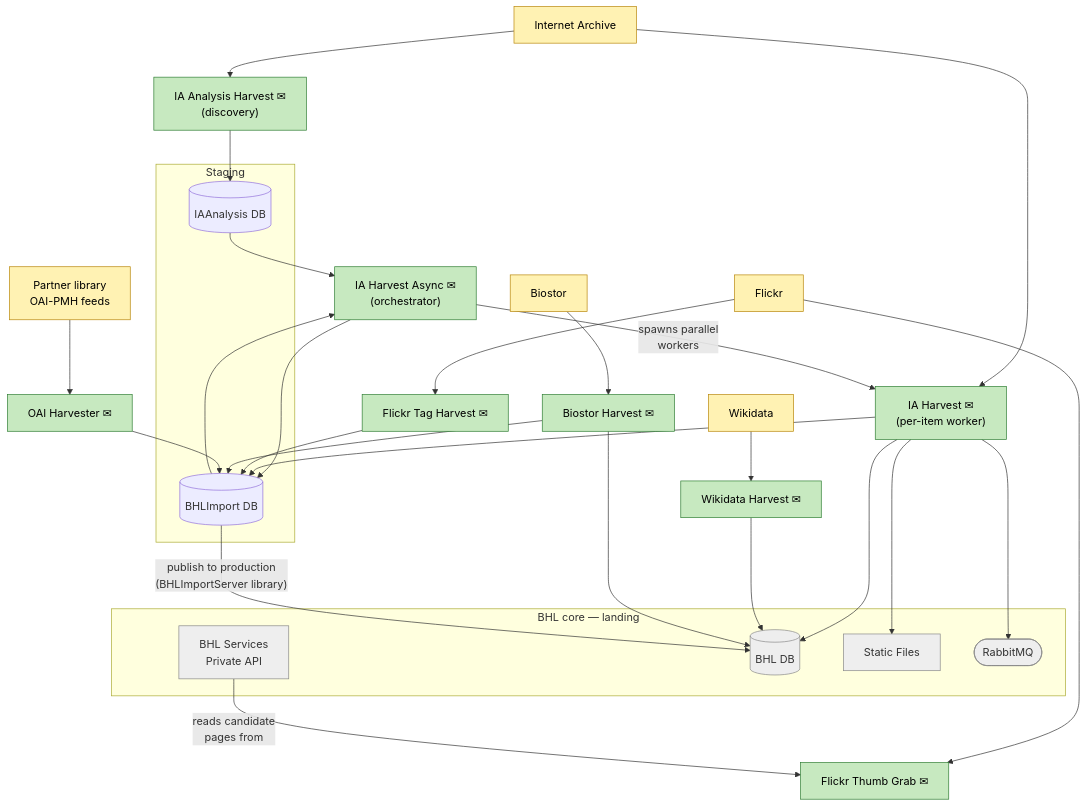
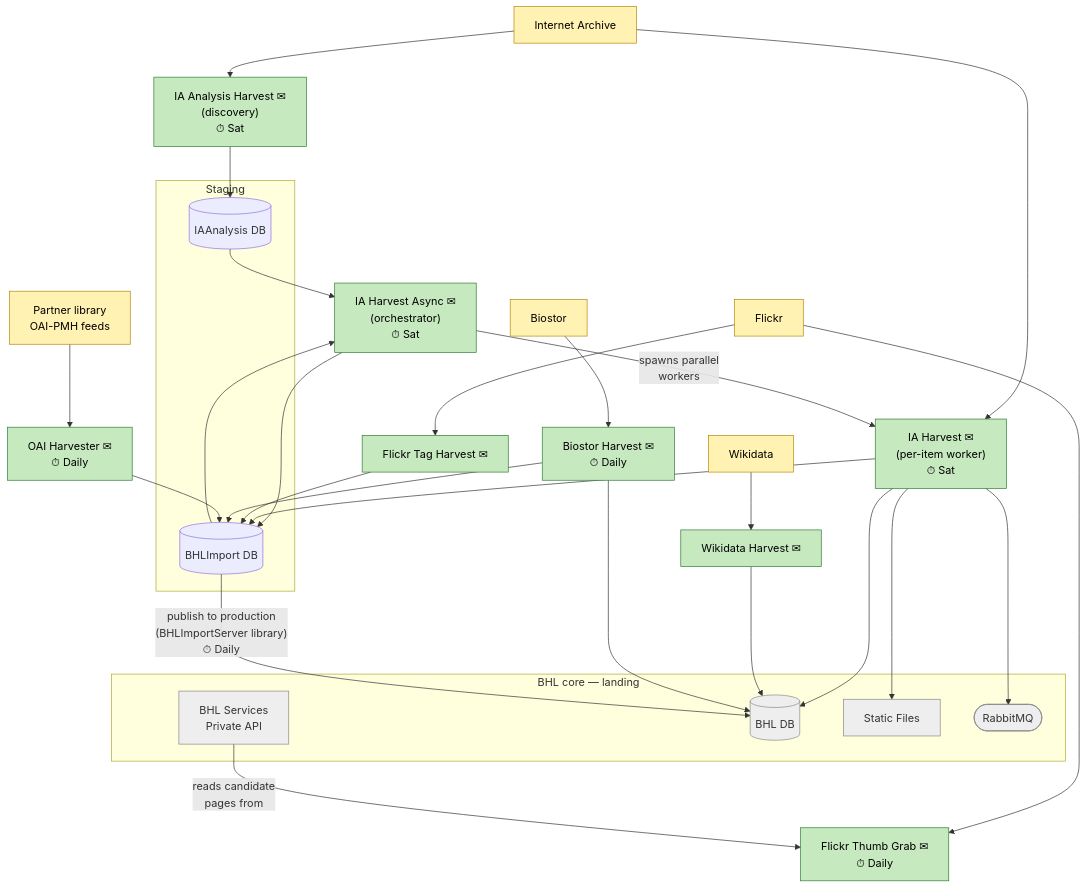
One commit to rdmpage/bhl-data-flows changed the diagram in diagrams/ingest.md. Above: the diagram before and after it, drawn with Mermaid. The commit also changed 4 other files, not shown here.

````diff
--- a/diagrams/ingest.md
+++ b/diagrams/ingest.md
@@ -7,79 +7,79 @@
 ```mermaid
 flowchart TD
     %% --- External sources ---
     IA[Internet Archive]
     Flickr[Flickr]
     WD[Wikidata]
     Biostor[Biostor]
     PartnerOAI[Partner library<br/>OAI-PMH feeds]
 
     %% --- Harvesters (✉ = sends admin email; all also POST operational audit
     %%     logs to /v1/InsertServiceLog. Neither path is drawn as an edge.) ---
-    IAAnal["IA Analysis Harvest ✉<br/>(discovery)"]
-    IAHAsync["IA Harvest Async ✉<br/>(orchestrator)"]
-    IAH["IA Harvest ✉<br/>(per-item worker)"]
+    IAAnal["IA Analysis Harvest ✉<br/>(discovery)<br/>⏱ Sat"]
+    IAHAsync["IA Harvest Async ✉<br/>(orchestrator)<br/>⏱ Sat"]
+    IAH["IA Harvest ✉<br/>(per-item worker)<br/>⏱ Sat"]
     FlickrTag["Flickr Tag Harvest ✉"]
-    FlickrThumb["Flickr Thumb Grab ✉"]
+    FlickrThumb["Flickr Thumb Grab ✉<br/>⏱ Daily"]
     WDH["Wikidata Harvest ✉"]
-    BiostorH["Biostor Harvest ✉"]
-    OAIH["OAI Harvester ✉"]
+    BiostorH["Biostor Harvest ✉<br/>⏱ Daily"]
+    OAIH["OAI Harvester ✉<br/>⏱ Daily"]
 
     %% --- Staging databases ---
     subgraph Staging["Staging"]
         IAAnalDB[(IAAnalysis DB)]
         ImportDB[(BHLImport DB)]
     end
 
     %% --- BHL-core landing points (muted; see Process / Serve diagrams) ---
     subgraph Landing["BHL core — landing"]
         PrivAPI[BHL Services<br/>Private API]
         BHLDB[(BHL DB)]
         Files[Static Files]
         MQ([RabbitMQ])
     end
 
     %% --- Source -> harvester ---
     IA --> IAAnal
     IA --> IAH
     Flickr --> FlickrTag
     Flickr --> FlickrThumb
     WD --> WDH
     Biostor --> BiostorH
     PartnerOAI --> OAIH
 
     %% --- Three-stage IA pipeline: discovery -> orchestration -> per-item work ---
     IAAnal --> IAAnalDB
     IAAnalDB --> IAHAsync
     ImportDB --> IAHAsync
     IAHAsync --> ImportDB
     IAHAsync -- "spawns parallel<br/>workers" --> IAH
 
     %% --- Worker destinations (direct DB writes via BHLProvider /
     %%     BHLImportServer libraries, not over REST) ---
     IAH --> ImportDB
     IAH --> Files
     IAH --> MQ
     IAH --> BHLDB
 
     FlickrTag --> ImportDB
     WDH --> BHLDB
     BiostorH --> ImportDB
     BiostorH --> BHLDB
     OAIH --> ImportDB
 
     %% --- Flickr Thumb Grab is the odd one out: reads a candidate page from the
     %%     Private API (PageFlickr/Random), then fetches thumbnails from Flickr.
     %%     No data write to the Private API. ---
     PrivAPI -- "reads candidate<br/>pages from" --> FlickrThumb
 
     %% --- Staging -> production promotion (in-process, via BHLImportServer) ---
-    ImportDB -- "publish to production<br/>(BHLImportServer library)" --> BHLDB
+    ImportDB -- "publish to production<br/>(BHLImportServer library)<br/>⏱ Daily" --> BHLDB
 
     %% --- Styling ---
     classDef source fill:#fff2b3,stroke:#b8860b,color:#000;
     classDef harvester fill:#c7e9c0,stroke:#2e7d32,color:#000;
     classDef boundary fill:#eeeeee,stroke:#888,color:#333;
     class IA,Flickr,WD,Biostor,PartnerOAI source;
     class IAAnal,IAHAsync,IAH,FlickrTag,FlickrThumb,WDH,BiostorH,OAIH harvester;
     class PrivAPI,BHLDB,Files,MQ boundary;
 ```
````
